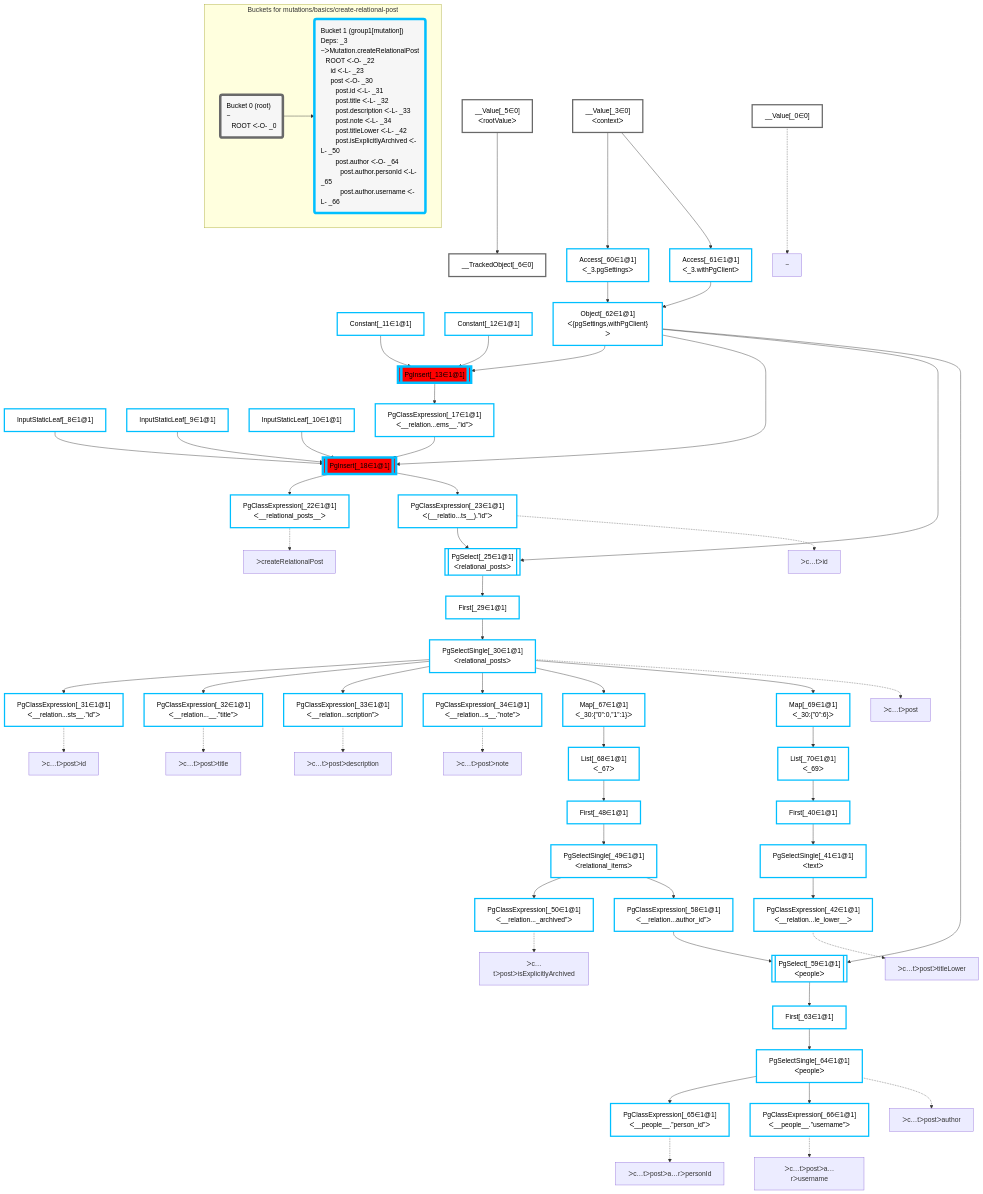
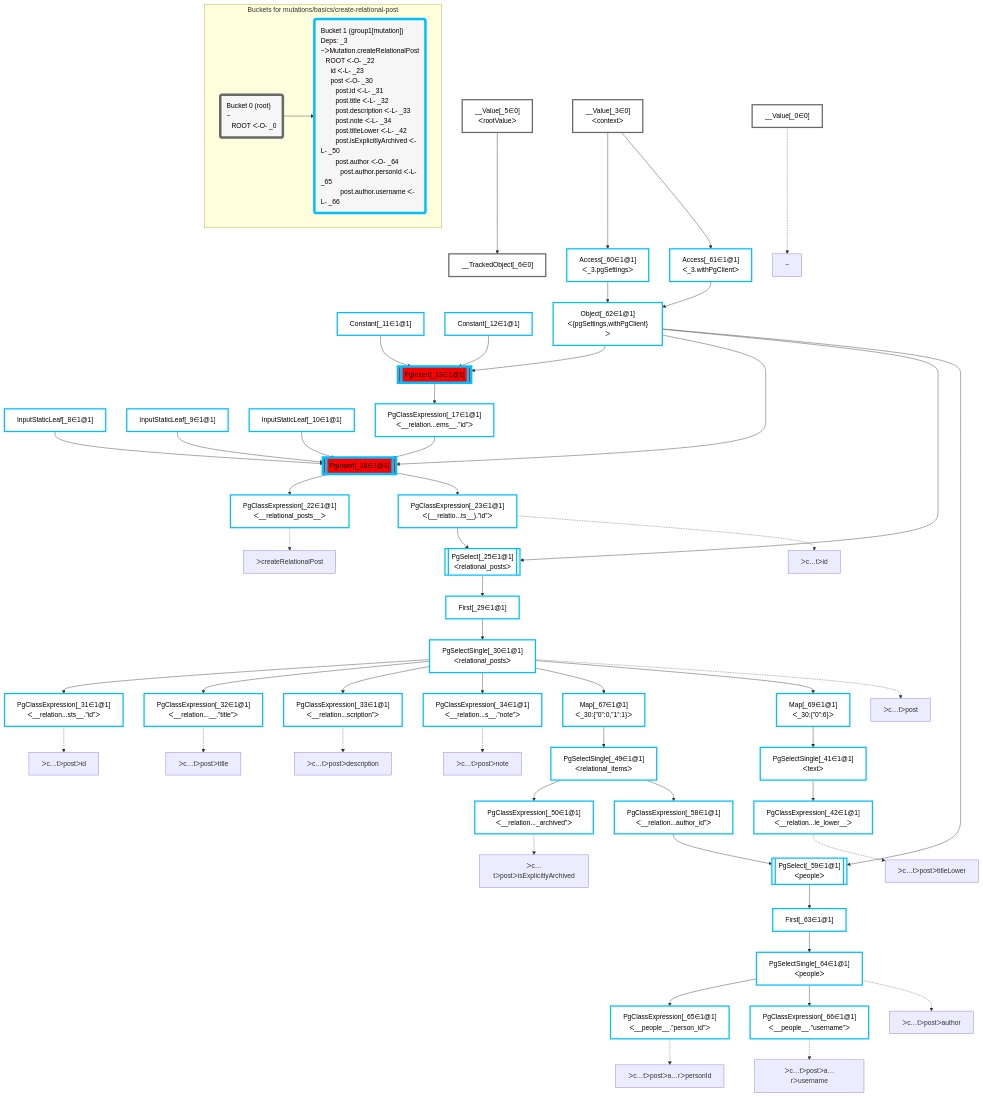
The diagram in packages/dataplan-pg/__tests__/mutations/basics/create-relational-post.deopt.mermaid.md (graphile/crystal), drawn with Mermaid before and after one commit. The commit also changed 67 other files, not shown here.

```diff
--- a/packages/dataplan-pg/__tests__/mutations/basics/create-relational-post.deopt.mermaid.md
+++ b/packages/dataplan-pg/__tests__/mutations/basics/create-relational-post.deopt.mermaid.md
@@ -29,10 +29,8 @@
     PgClassExpression_32["PgClassExpression[_32∈1@1]<br />ᐸ__relation...__.”title”ᐳ"]:::plan
     PgClassExpression_33["PgClassExpression[_33∈1@1]<br />ᐸ__relation...scription”ᐳ"]:::plan
     PgClassExpression_34["PgClassExpression[_34∈1@1]<br />ᐸ__relation...s__.”note”ᐳ"]:::plan
-    First_40["First[_40∈1@1]"]:::plan
     PgSelectSingle_41["PgSelectSingle[_41∈1@1]<br />ᐸtextᐳ"]:::plan
     PgClassExpression_42["PgClassExpression[_42∈1@1]<br />ᐸ__relation...le_lower__ᐳ"]:::plan
-    First_48["First[_48∈1@1]"]:::plan
     PgSelectSingle_49["PgSelectSingle[_49∈1@1]<br />ᐸrelational_itemsᐳ"]:::plan
     PgClassExpression_50["PgClassExpression[_50∈1@1]<br />ᐸ__relation..._archived”ᐳ"]:::plan
     PgClassExpression_58["PgClassExpression[_58∈1@1]<br />ᐸ__relation...author_id”ᐳ"]:::plan
@@ -45,9 +43,7 @@
     PgClassExpression_65["PgClassExpression[_65∈1@1]<br />ᐸ__people__.”person_id”ᐳ"]:::plan
     PgClassExpression_66["PgClassExpression[_66∈1@1]<br />ᐸ__people__.”username”ᐳ"]:::plan
     Map_67["Map[_67∈1@1]<br />ᐸ_30:{”0”:0,”1”:1}ᐳ"]:::plan
-    List_68["List[_68∈1@1]<br />ᐸ_67ᐳ"]:::plan
     Map_69["Map[_69∈1@1]<br />ᐸ_30:{”0”:6}ᐳ"]:::plan
-    List_70["List[_70∈1@1]<br />ᐸ_69ᐳ"]:::plan
 
     %% plan dependencies
     __Value_5 --> __TrackedObject_6
@@ -70,11 +66,9 @@
     PgSelectSingle_30 --> PgClassExpression_32
     PgSelectSingle_30 --> PgClassExpression_33
     PgSelectSingle_30 --> PgClassExpression_34
-    List_70 --> First_40
-    First_40 --> PgSelectSingle_41
+    Map_69 --> PgSelectSingle_41
     PgSelectSingle_41 --> PgClassExpression_42
-    List_68 --> First_48
-    First_48 --> PgSelectSingle_49
+    Map_67 --> PgSelectSingle_49
     PgSelectSingle_49 --> PgClassExpression_50
     PgSelectSingle_49 --> PgClassExpression_58
     Object_62 --> PgSelect_59
@@ -88,9 +82,7 @@
     PgSelectSingle_64 --> PgClassExpression_65
     PgSelectSingle_64 --> PgClassExpression_66
     PgSelectSingle_30 --> Map_67
-    Map_67 --> List_68
     PgSelectSingle_30 --> Map_69
-    Map_69 --> List_70
 
     %% plan-to-path relationships
     P_0["~"]
@@ -124,7 +116,7 @@
     classDef bucket0 stroke:#696969
     class __Value_0,__Value_3,__Value_5,__TrackedObject_6 bucket0
     classDef bucket1 stroke:#00bfff
-    class InputStaticLeaf_8,InputStaticLeaf_9,InputStaticLeaf_10,Constant_11,Constant_12,PgInsert_13,PgClassExpression_17,PgInsert_18,PgClassExpression_22,PgClassExpression_23,PgSelect_25,First_29,PgSelectSingle_30,PgClassExpression_31,PgClassExpression_32,PgClassExpression_33,PgClassExpression_34,First_40,PgSelectSingle_41,PgClassExpression_42,First_48,PgSelectSingle_49,PgClassExpression_50,PgClassExpression_58,PgSelect_59,Access_60,Access_61,Object_62,First_63,PgSelectSingle_64,PgClassExpression_65,PgClassExpression_66,Map_67,List_68,Map_69,List_70 bucket1
+    class InputStaticLeaf_8,InputStaticLeaf_9,InputStaticLeaf_10,Constant_11,Constant_12,PgInsert_13,PgClassExpression_17,PgInsert_18,PgClassExpression_22,PgClassExpression_23,PgSelect_25,First_29,PgSelectSingle_30,PgClassExpression_31,PgClassExpression_32,PgClassExpression_33,PgClassExpression_34,PgSelectSingle_41,PgClassExpression_42,PgSelectSingle_49,PgClassExpression_50,PgClassExpression_58,PgSelect_59,Access_60,Access_61,Object_62,First_63,PgSelectSingle_64,PgClassExpression_65,PgClassExpression_66,Map_67,Map_69 bucket1
 
     subgraph "Buckets for mutations/basics/create-relational-post"
     Bucket0("Bucket 0 (root)<br />~<br />⠀ROOT ᐸ-O- _0"):::bucket
```
